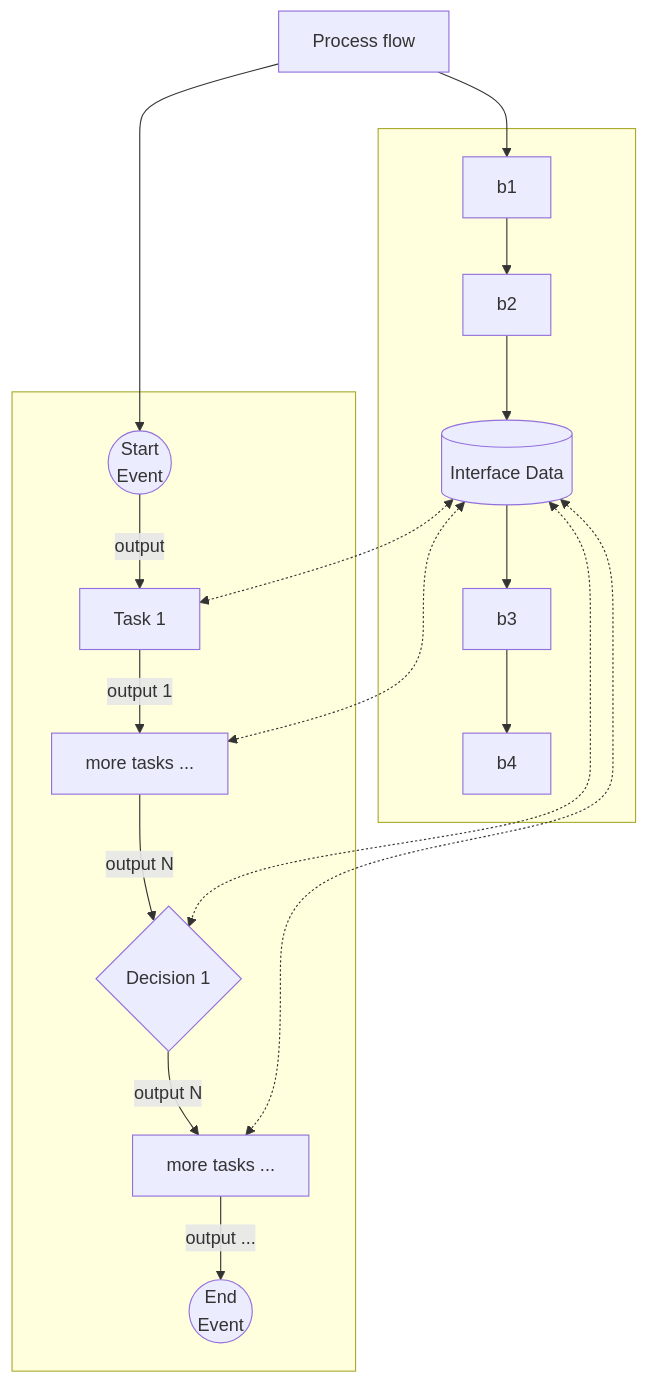
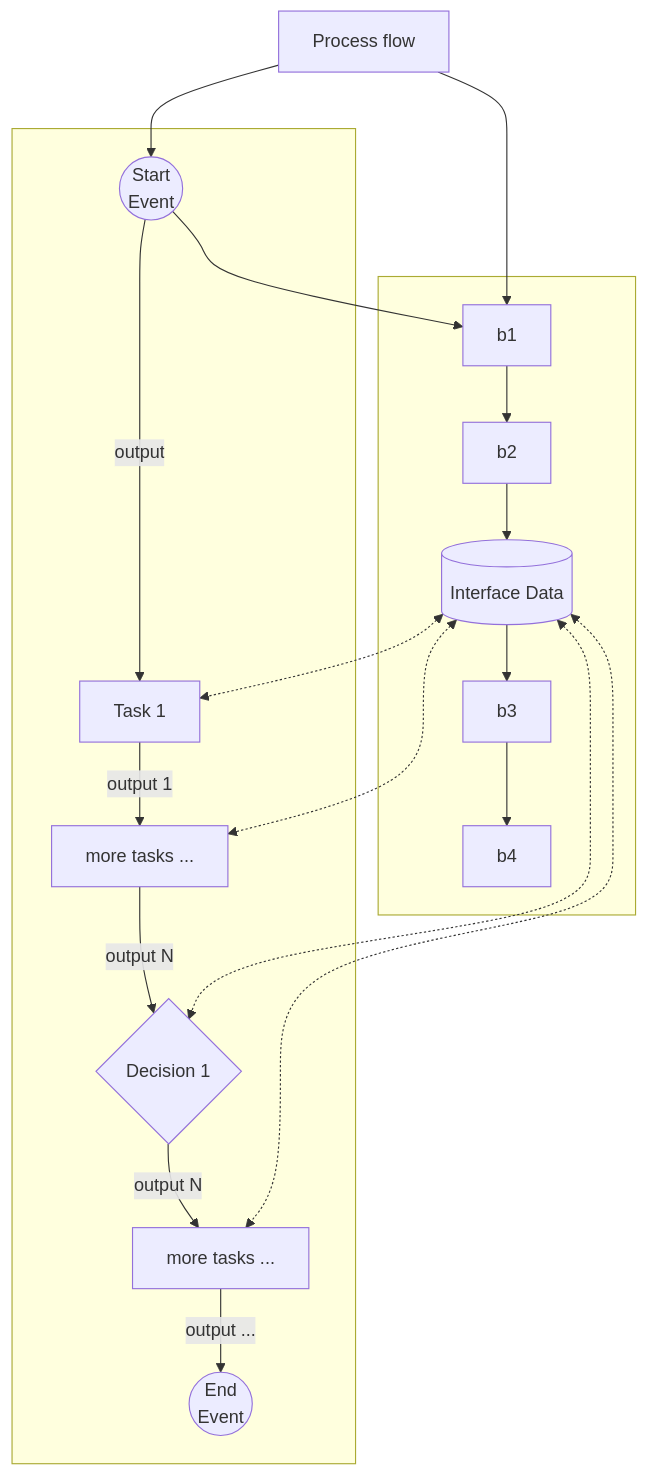
Before and after one commit to Paulo-Reis-Rosa/test-git-commands: the fifth of 6 diagrams in README.md, drawn with Mermaid.

Commit message:
Add new connection from se to b1 in README

````diff
--- a/README.md
+++ b/README.md
@@ -190,28 +190,30 @@
 ```mermaid
 graph TD
 	w[Process flow];
 
 	subgraph  ;
 		se((Start<br>Event))-->|output|t1[Task 1];
 		t1-->|output 1|t2[more tasks ...];
 		t2-->|output N|d1{Decision 1};
 		d1-->|output N|t3[more tasks ...];
 		t3-->|output ...|ed((End<br>Event));
 	end
 
 	subgraph  ;
 		i1[(Interface Data)]
 		b1 --> b2;
 		b2 --> i1;
 		i1 --> b3;
 		b3 --> b4;
 	end;
 
 	w-->se;
 	w-->b1;
 
+	se-->b1
+
 	i1<-.->t1;
 	i1<-.->t2;
 	i1<-.->t3;
 	i1<-.->d1;
 ```
````
